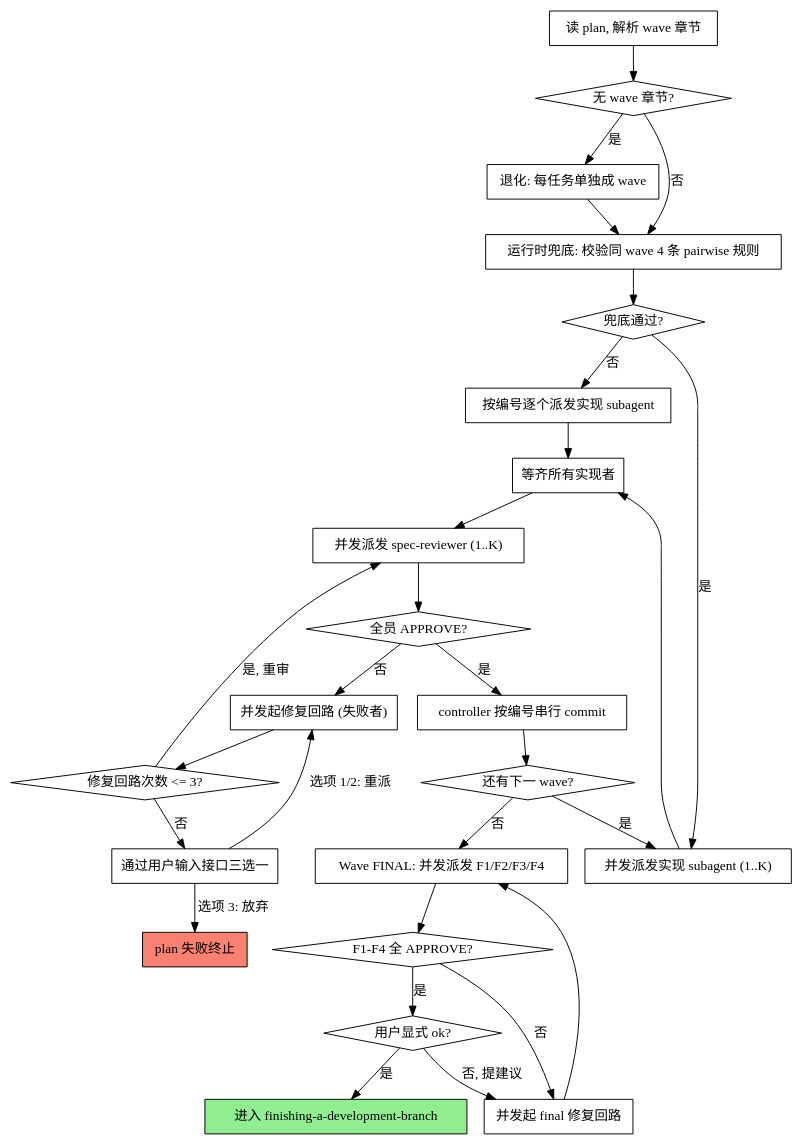
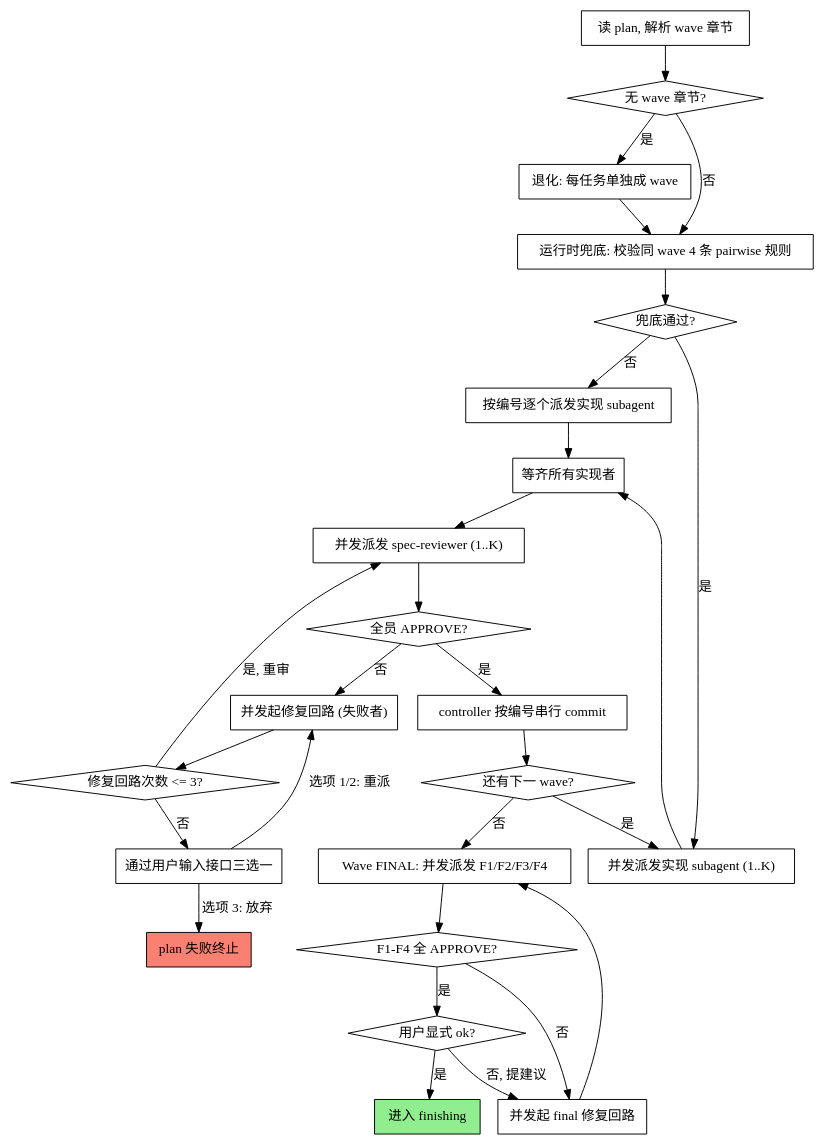
Before and after one commit to ShirlyTaylor73/superharness: the second of 2 diagrams in plugins/superharness/skills/parallel-execution/SKILL.md, drawn with Graphviz. The commit also changed other lines of this file and 4 other files, not shown here.

````diff
--- a/plugins/superharness/skills/parallel-execution/SKILL.md
+++ b/plugins/superharness/skills/parallel-execution/SKILL.md
@@ -46,55 +46,55 @@
 ```dot
 digraph wave_flow {
     rankdir=TB;
     "读 plan, 解析 wave 章节" [shape=box];
     "无 wave 章节?" [shape=diamond];
     "退化: 每任务单独成 wave" [shape=box];
     "运行时兜底: 校验同 wave 4 条 pairwise 规则" [shape=box];
     "兜底通过?" [shape=diamond];
     "按编号逐个派发实现 subagent" [shape=box];
     "并发派发实现 subagent (1..K)" [shape=box];
     "等齐所有实现者" [shape=box];
     "并发派发 spec-reviewer (1..K)" [shape=box];
     "全员 APPROVE?" [shape=diamond];
     "并发起修复回路 (失败者)" [shape=box];
     "修复回路次数 <= 3?" [shape=diamond];
     "通过用户输入接口三选一" [shape=box];
     "controller 按编号串行 commit" [shape=box];
     "还有下一 wave?" [shape=diamond];
     "Wave FINAL: 并发派发 F1/F2/F3/F4" [shape=box];
     "F1-F4 全 APPROVE?" [shape=diamond];
     "并发起 final 修复回路" [shape=box];
     "用户显式 ok?" [shape=diamond];
-    "进入 finishing-a-development-branch" [shape=box, style=filled, fillcolor=lightgreen];
+    "进入 finishing" [shape=box, style=filled, fillcolor=lightgreen];
     "plan 失败终止" [shape=box, style=filled, fillcolor=salmon];
 
     "读 plan, 解析 wave 章节" -> "无 wave 章节?";
     "无 wave 章节?" -> "退化: 每任务单独成 wave" [label="是"];
     "无 wave 章节?" -> "运行时兜底: 校验同 wave 4 条 pairwise 规则" [label="否"];
     "退化: 每任务单独成 wave" -> "运行时兜底: 校验同 wave 4 条 pairwise 规则";
     "运行时兜底: 校验同 wave 4 条 pairwise 规则" -> "兜底通过?";
     "兜底通过?" -> "按编号逐个派发实现 subagent" [label="否"];
     "兜底通过?" -> "并发派发实现 subagent (1..K)" [label="是"];
     "按编号逐个派发实现 subagent" -> "等齐所有实现者";
     "并发派发实现 subagent (1..K)" -> "等齐所有实现者";
     "等齐所有实现者" -> "并发派发 spec-reviewer (1..K)";
     "并发派发 spec-reviewer (1..K)" -> "全员 APPROVE?";
     "全员 APPROVE?" -> "并发起修复回路 (失败者)" [label="否"];
     "并发起修复回路 (失败者)" -> "修复回路次数 <= 3?";
     "修复回路次数 <= 3?" -> "并发派发 spec-reviewer (1..K)" [label="是, 重审"];
     "修复回路次数 <= 3?" -> "通过用户输入接口三选一" [label="否"];
     "全员 APPROVE?" -> "controller 按编号串行 commit" [label="是"];
     "controller 按编号串行 commit" -> "还有下一 wave?";
     "还有下一 wave?" -> "并发派发实现 subagent (1..K)" [label="是"];
     "还有下一 wave?" -> "Wave FINAL: 并发派发 F1/F2/F3/F4" [label="否"];
     "Wave FINAL: 并发派发 F1/F2/F3/F4" -> "F1-F4 全 APPROVE?";
     "F1-F4 全 APPROVE?" -> "并发起 final 修复回路" [label="否"];
     "并发起 final 修复回路" -> "Wave FINAL: 并发派发 F1/F2/F3/F4";
     "F1-F4 全 APPROVE?" -> "用户显式 ok?" [label="是"];
-    "用户显式 ok?" -> "进入 finishing-a-development-branch" [label="是"];
+    "用户显式 ok?" -> "进入 finishing" [label="是"];
     "用户显式 ok?" -> "并发起 final 修复回路" [label="否, 提建议"];
 
     "通过用户输入接口三选一" -> "并发起修复回路 (失败者)" [label="选项 1/2: 重派"];
     "通过用户输入接口三选一" -> "plan 失败终止" [label="选项 3: 放弃"];
 }
 ```
````
